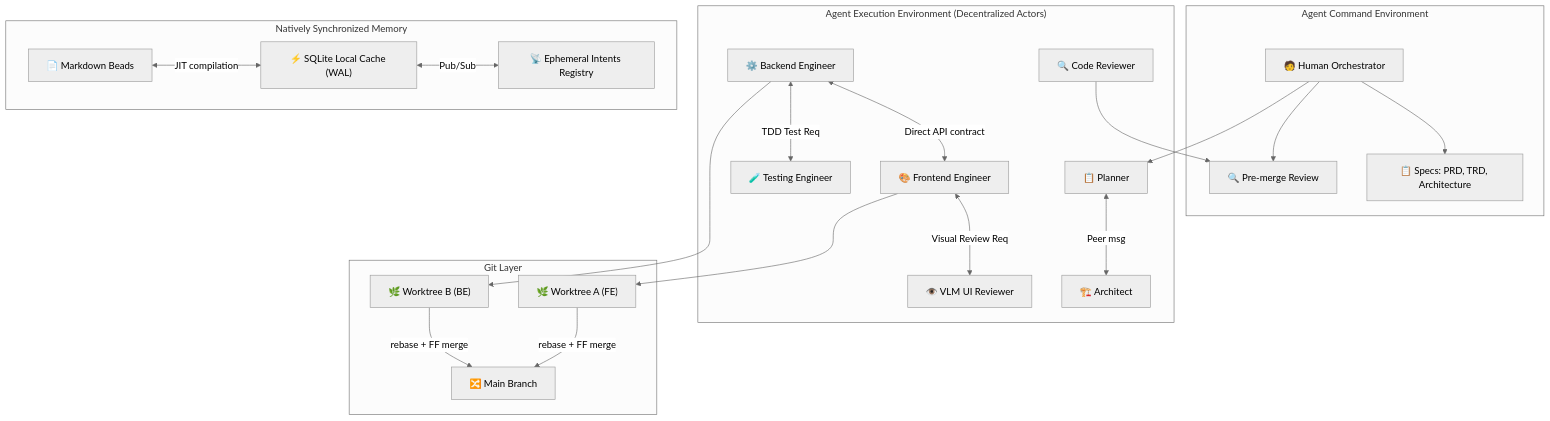
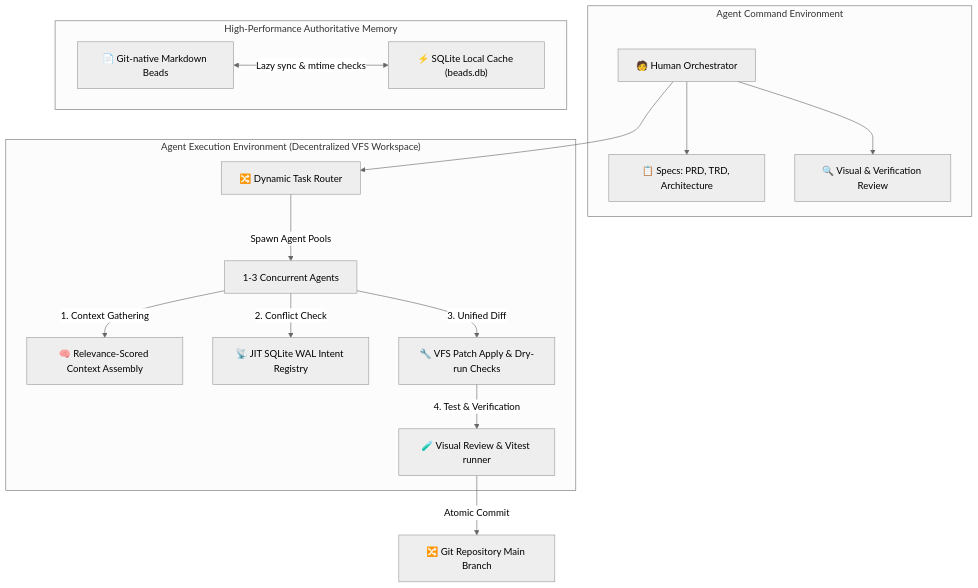
One commit to VINYASGM/antiskills changed the diagram in Architecture.md. Above: the diagram before and after it, drawn with Mermaid (neutral theme). The commit also changed other lines of this file and 5 other files, not shown here.

Commit message:
docs(v2): update PRD, TRD, Architecture, ToDo, State, and create context.md for V2

````diff
--- a/Architecture.md
+++ b/Architecture.md
@@ -15,34 +15,23 @@
 ```mermaid
 graph TD
     subgraph ACE["Agent Command Environment"]
         H["🧑 Human Orchestrator"]
         H --> SPEC["📋 Specs: PRD, TRD, Architecture"]
-        H --> REVIEW["🔍 Pre-merge Review"]
+        H --> REVIEW["🔍 Visual & Verification Review"]
     end
 
-    subgraph AEE["Agent Execution Environment (Decentralized Actors)"]
-        P["📋 Planner"] <-->|Peer msg| A["🏗️ Architect"]
-        BE["⚙️ Backend Engineer"] <-->|Direct API contract| FE["🎨 Frontend Engineer"]
-        FE <-->|Visual Review Req| VLM["👁️ VLM UI Reviewer"]
-        BE <-->|TDD Test Req| TE["🧪 Testing Engineer"]
-        CR["🔍 Code Reviewer"] --> REVIEW
+    subgraph AEE["Agent Execution Environment (Decentralized VFS Workspace)"]
+        ROUTER["🔀 Dynamic Task Router"] -->|Spawn Agent Pools| ACTORS[1-3 Concurrent Agents]
+        ACTORS -->|1. Context Gathering| CONTEXT["🧠 Relevance-Scored Context Assembly"]
+        ACTORS -->|2. Conflict Check| INTENT["📡 JIT SQLite WAL Intent Registry"]
+        ACTORS -->|3. Unified Diff| PATCH["🔧 VFS Patch Apply & Dry-run Checks"]
+        PATCH -->|4. Test & Verification| VERIFY["🧪 Visual Review & Vitest runner"]
     end
 
-    subgraph MEM["Natively Synchronized Memory"]
-        MD_B["📄 Markdown Beads"] <-->|JIT compilation| SQL_C["⚡ SQLite Local Cache (WAL)"]
-        SQL_C <-->|Pub/Sub| INT["📡 Ephemeral Intents Registry"]
+    subgraph MEM["High-Performance Authoritative Memory"]
+        MD_B["📄 Git-native Markdown Beads"] <-->|Lazy sync & mtime checks| SQL_C["⚡ SQLite Local Cache (beads.db)"]
     end
 
-    subgraph GIT["Git Layer"]
-        WT_A["🌿 Worktree A (FE)"]
-        WT_B["🌿 Worktree B (BE)"]
-        MAIN["🔀 Main Branch"]
-    end
-
-    H --> P
-    BE --> WT_B
-    FE --> WT_A
-
-    WT_A -->|"rebase + FF merge"| MAIN
-    WT_B -->|"rebase + FF merge"| MAIN
+    H --> ROUTER
+    VERIFY -->|"Atomic Commit"| GIT_HEAD["🔀 Git Repository Main Branch"]
 ```
````
